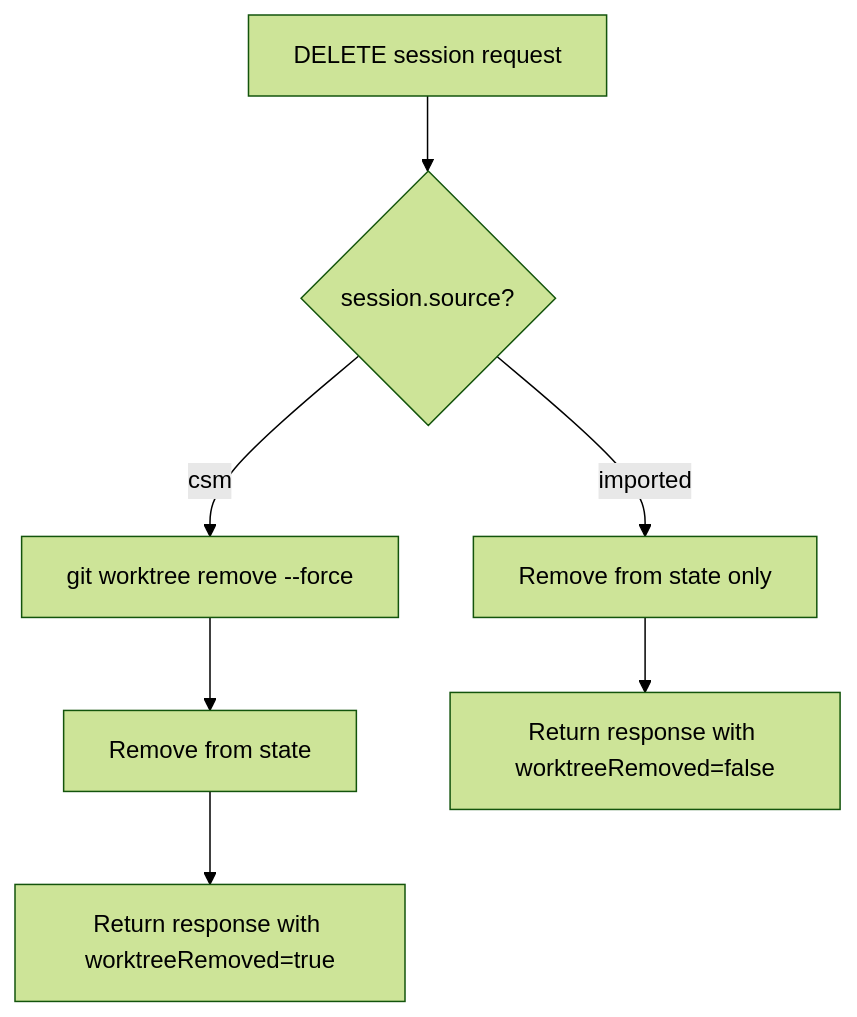
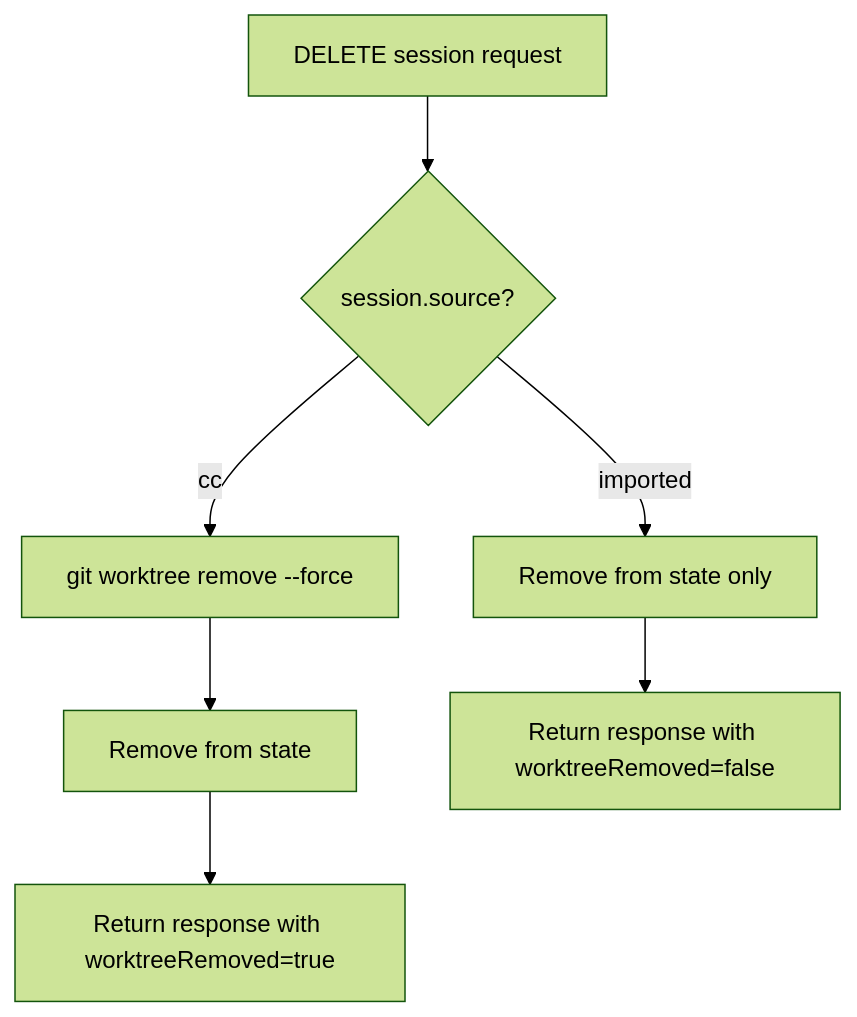
One commit to amhuppert/remote-ai-manager changed the third of 3 diagrams in .kiro/specs/worktree-import/design.md. Above: the diagram before and after it, drawn with Mermaid (forest theme). The commit also changed other lines of this file and 141 other files, not shown here.

````diff
--- a/.kiro/specs/worktree-import/design.md
+++ b/.kiro/specs/worktree-import/design.md
@@ -97,9 +97,9 @@
 ```mermaid
 flowchart TD
     A[DELETE session request] --> B{session.source?}
-    B -->|csm| C[git worktree remove --force]
+    B -->|cc| C[git worktree remove --force]
     C --> D[Remove from state]
     B -->|imported| E[Remove from state only]
     D --> F[Return response with worktreeRemoved=true]
     E --> G[Return response with worktreeRemoved=false]
 ```
````
